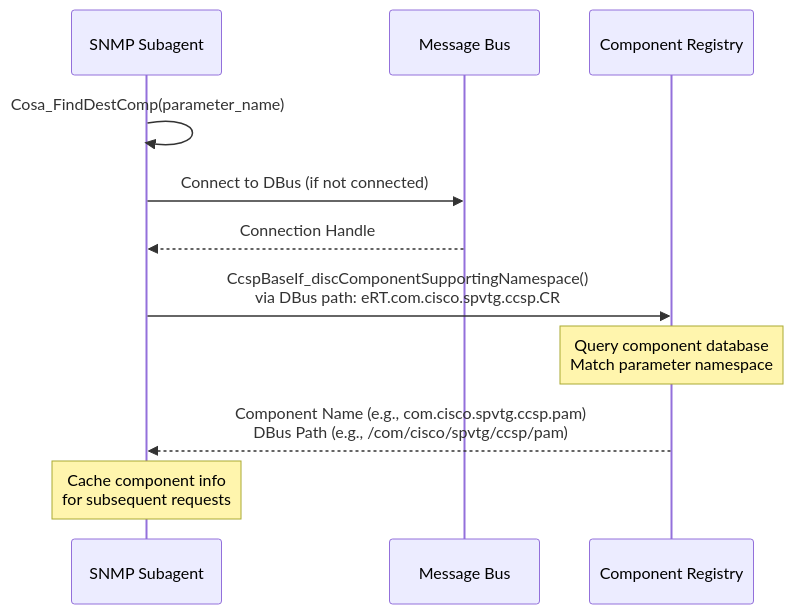
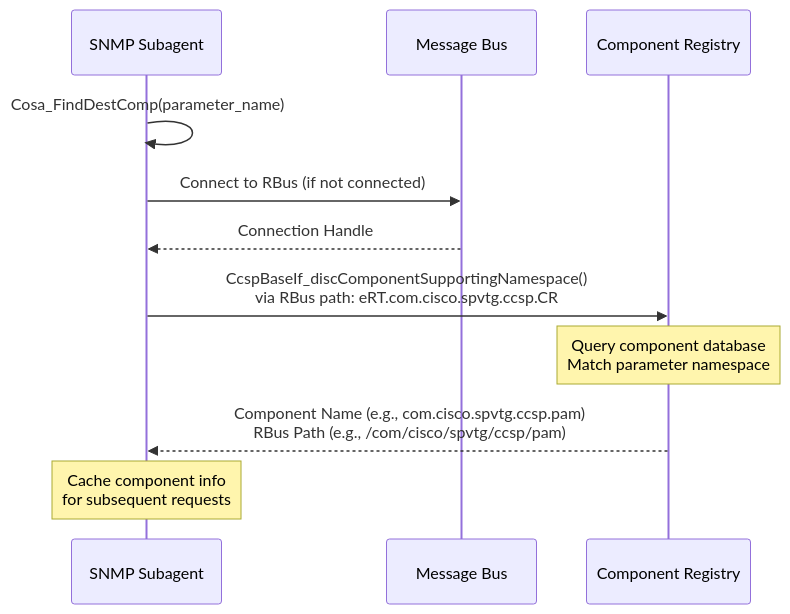
One commit to rns21/RDK_Documentation changed the ninth of 9 diagrams in docs/docu/dec17/snmp-protocol-agent-feb27.md. Above: the diagram before and after it, drawn with Mermaid. The commit also changed other lines of this file, not shown here.

````diff
--- a/docs/docu/dec17/snmp-protocol-agent-feb27.md
+++ b/docs/docu/dec17/snmp-protocol-agent-feb27.md
@@ -508,17 +500,17 @@
 ```mermaid
 sequenceDiagram
     participant SubAgent as SNMP Subagent
     participant Bus as Message Bus
     participant CR as Component Registry
 
     SubAgent->>SubAgent: Cosa_FindDestComp(parameter_name)
-    SubAgent->>Bus: Connect to DBus (if not connected)
+    SubAgent->>Bus: Connect to RBus (if not connected)
     Bus-->>SubAgent: Connection Handle
     
-    SubAgent->>CR: CcspBaseIf_discComponentSupportingNamespace()<br/>via DBus path: eRT.com.cisco.spvtg.ccsp.CR
+    SubAgent->>CR: CcspBaseIf_discComponentSupportingNamespace()<br/>via RBus path: eRT.com.cisco.spvtg.ccsp.CR
     Note over CR: Query component database<br/>Match parameter namespace
     
-    CR-->>SubAgent: Component Name (e.g., com.cisco.spvtg.ccsp.pam)<br/>DBus Path (e.g., /com/cisco/spvtg/ccsp/pam)
+    CR-->>SubAgent: Component Name (e.g., com.cisco.spvtg.ccsp.pam)<br/>RBus Path (e.g., /com/cisco/spvtg/ccsp/pam)
     
     Note over SubAgent: Cache component info<br/>for subsequent requests
 ```
````
